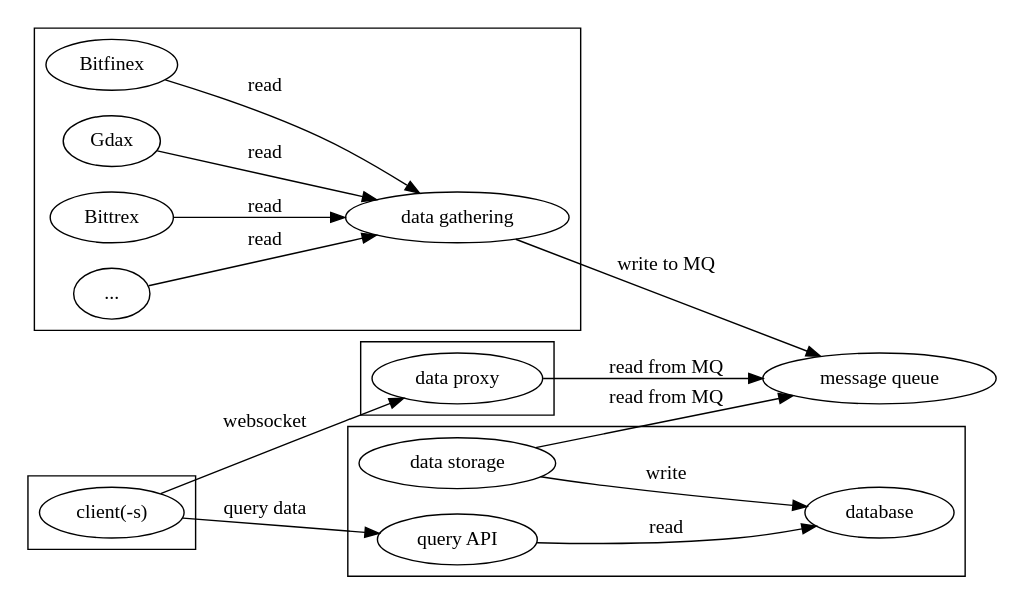
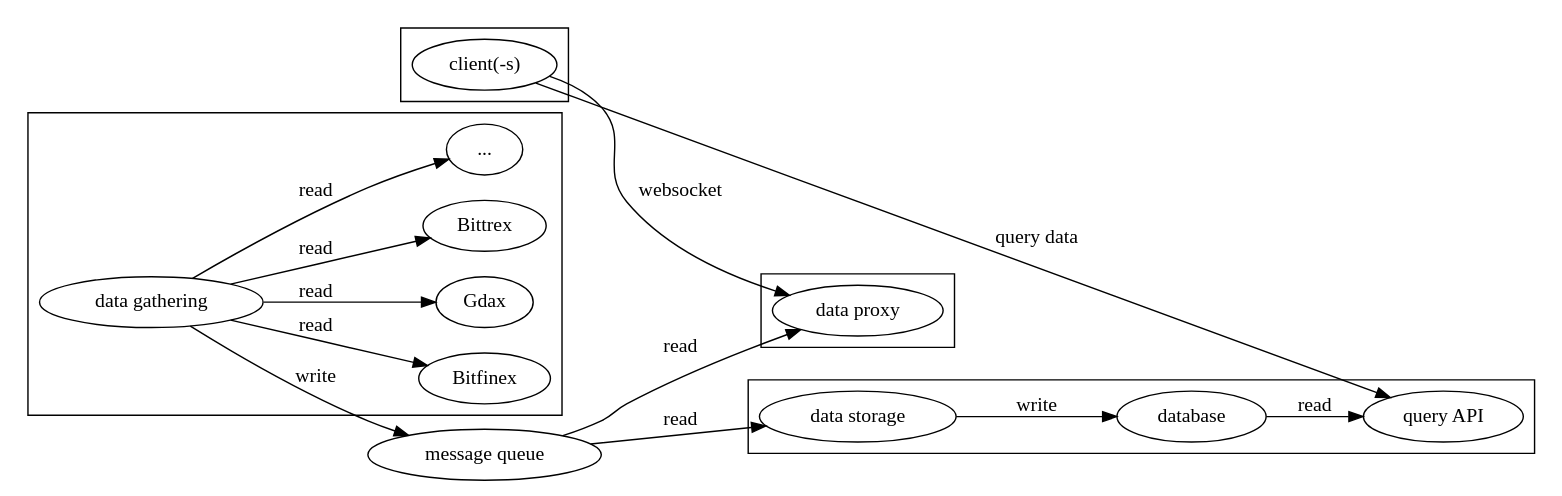
The diagram in talks/c34c3.org (corpix/cryptounicorns.io), drawn with Graphviz before and after one commit. The commit also changed 2 other files, not shown here.

Commit message:
Updating slides

```diff
--- a/talks/c34c3.org
+++ b/talks/c34c3.org
@@ -40,35 +40,35 @@
    #+BEGIN_SRC dot :file c34c3-architecture-diagram.png
    digraph ArchitectureHighlevel {
      rankdir = LR;
      mq [label = "message queue"];
      subgraph cluster_fetching {
        mole [label = "data gathering"];
        bitfinex         [label = "Bitfinex"];
        gdax             [label = "Gdax"];
        bittrex          [label = "Bittrex"];
        anyOtherExchange [label = "..."];
-       bitfinex         -> mole [label = "read"];
-       gdax             -> mole [label = "read"];
-       bittrex          -> mole [label = "read"];
-       anyOtherExchange -> mole [label = "read"];
+       mole -> bitfinex [label = "read"];
+       mole -> gdax [label = "read"];
+       mole -> bittrex [label = "read"];
+       mole -> anyOtherExchange [label = "read"];
      }
      subgraph cluster_clients {
        clientN [label = "client(-s)"];
      }
      subgraph cluster_storage {
        gluttony  [label = "data storage"];
        mammoth   [label = "query API"];
        database  [label = "database"];
        gluttony -> database [label = "write"];
-       mammoth -> database [label = "read"];
-       clientN -> mammoth [label = "query data"];
+       database -> mammoth [label = "read"];
+       clientN  -> mammoth [label = "query data"];
      }
      subgraph cluster_serving {
        platypus  [label = "data proxy"];
        clientN -> platypus [label = "websocket"];
      }
-     platypus -> mq [label = "read from MQ"];
-     gluttony -> mq [label = "read from MQ"];
-     mole -> mq [label = "write to MQ"];
+     mq -> platypus [label = "read"];
+     mq -> gluttony [label = "read"];
+     mole -> mq [label = "write"];
    }
    #+END_SRC
```
